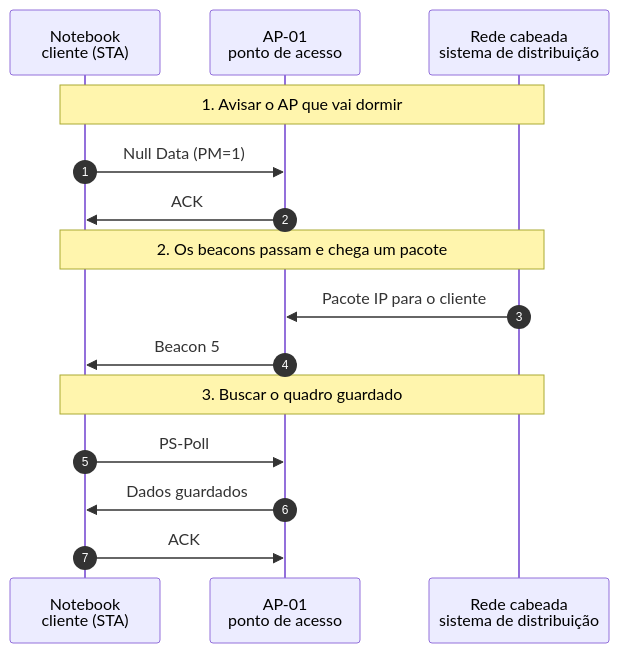
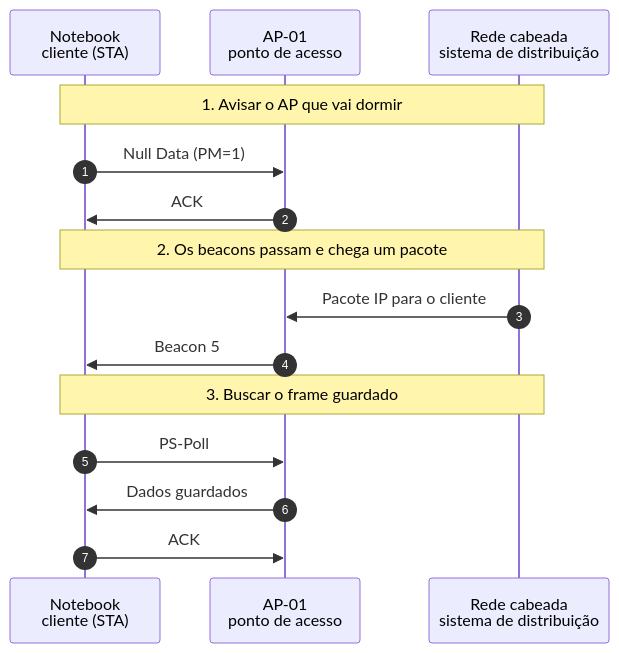
Diagram 27 of 31 in docs/simuladores/wifi.md (emanuel-bs/simul-net), drawn with Mermaid before and after one commit. The commit also changed other lines of this file and 96 other files, not shown here.

````diff
--- a/docs/simuladores/wifi.md
+++ b/docs/simuladores/wifi.md
@@ -1196,17 +1196,17 @@
 ```mermaid
 sequenceDiagram
   autonumber
   participant n_sta as Notebook<br/>cliente (STA)
   participant n_ap1 as AP-01<br/>ponto de acesso
   participant n_lan as Rede cabeada<br/>sistema de distribuição
   Note over n_sta,n_lan: 1. Avisar o AP que vai dormir
   n_sta ->> n_ap1: Null Data (PM=1)
   n_ap1 ->> n_sta: ACK
   Note over n_sta,n_lan: 2. Os beacons passam e chega um pacote
   n_lan ->> n_ap1: Pacote IP para o cliente
   n_ap1 ->> n_sta: Beacon 5
-  Note over n_sta,n_lan: 3. Buscar o quadro guardado
+  Note over n_sta,n_lan: 3. Buscar o frame guardado
   n_sta ->> n_ap1: PS-Poll
   n_ap1 ->> n_sta: Dados guardados
   n_sta ->> n_ap1: ACK
 ```
````
